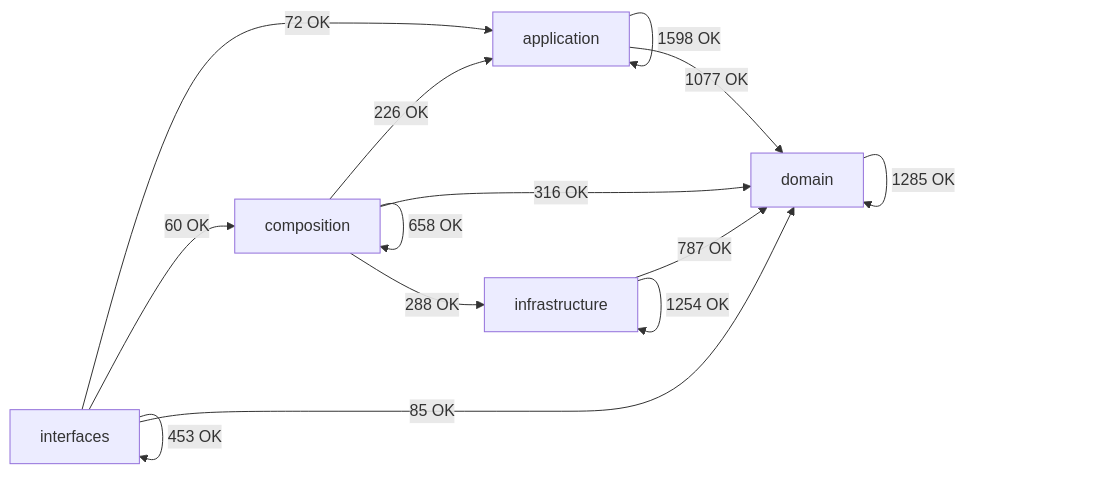
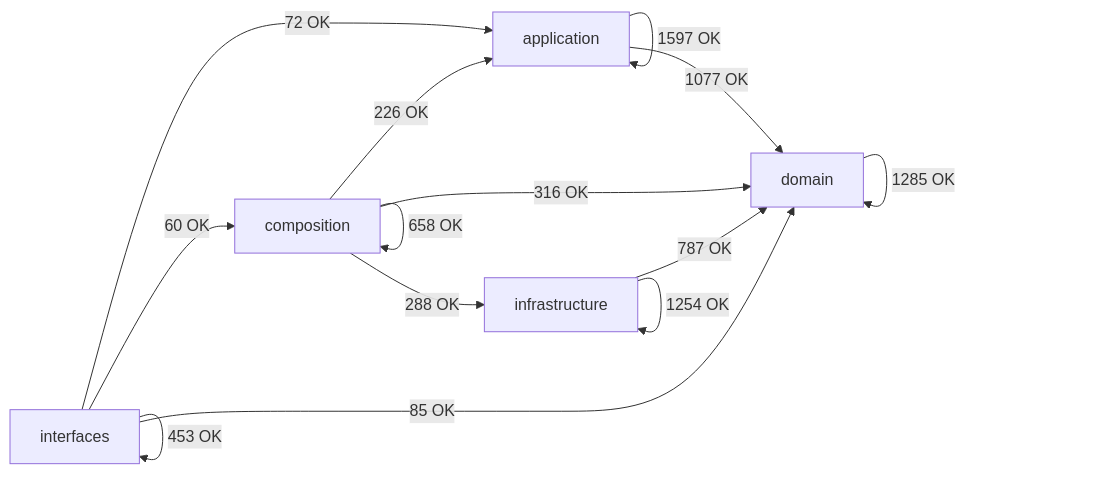
One commit to SatoryKono/BioactivityDataAcquisition changed the diagram in docs/02-architecture/generated/module-dependency-map.md. Above: the diagram before and after it, drawn with Mermaid. The commit also changed other lines of this file and 93 other files, not shown here.

````diff
--- a/docs/02-architecture/generated/module-dependency-map.md
+++ b/docs/02-architecture/generated/module-dependency-map.md
@@ -17,21 +17,21 @@
 ```mermaid
 flowchart LR
     domain[domain]
     application[application]
     infrastructure[infrastructure]
     composition[composition]
     interfaces[interfaces]
-    application -->|1598 OK| application
+    application -->|1597 OK| application
     application -->|1077 OK| domain
     composition -->|226 OK| application
     composition -->|658 OK| composition
     composition -->|316 OK| domain
     composition -->|288 OK| infrastructure
     domain -->|1285 OK| domain
     infrastructure -->|787 OK| domain
     infrastructure -->|1254 OK| infrastructure
     interfaces -->|72 OK| application
     interfaces -->|60 OK| composition
     interfaces -->|85 OK| domain
     interfaces -->|453 OK| interfaces
 ```
````
